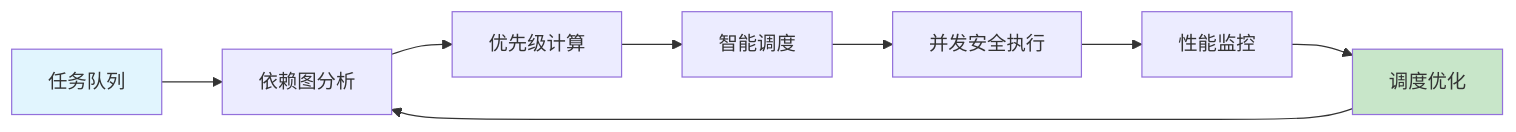
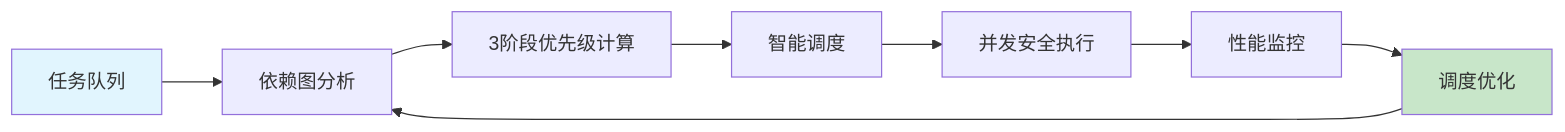
Before and after one commit to MGX-LJY/CodeLens: diagram 14 of 15 in docs/architecture/data-flow.md, drawn with Mermaid. The commit also changed other lines of this file and 36 other files, not shown here.

````diff
--- a/docs/architecture/data-flow.md
+++ b/docs/architecture/data-flow.md
@@ -397,13 +473,13 @@
 ```mermaid
 graph LR
     A[任务队列] --> B[依赖图分析]
-    B --> C[优先级计算]
+    B --> C[3阶段优先级计算]
     C --> D[智能调度]
     D --> E[并发安全执行]
     E --> F[性能监控]
     F --> G[调度优化]
     G --> B
     
     style A fill:#e1f5fe
     style G fill:#c8e6c9
 ```
````
